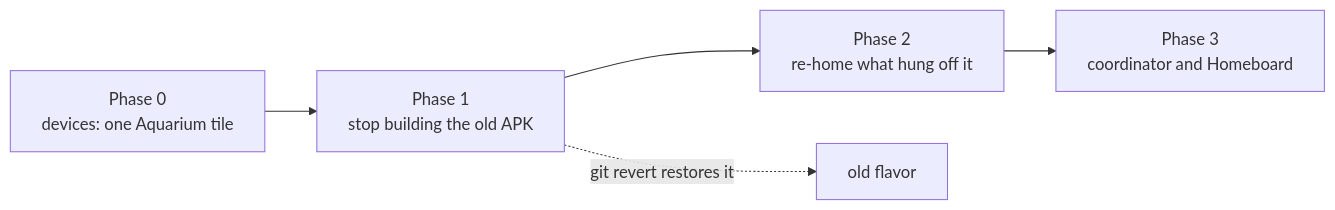
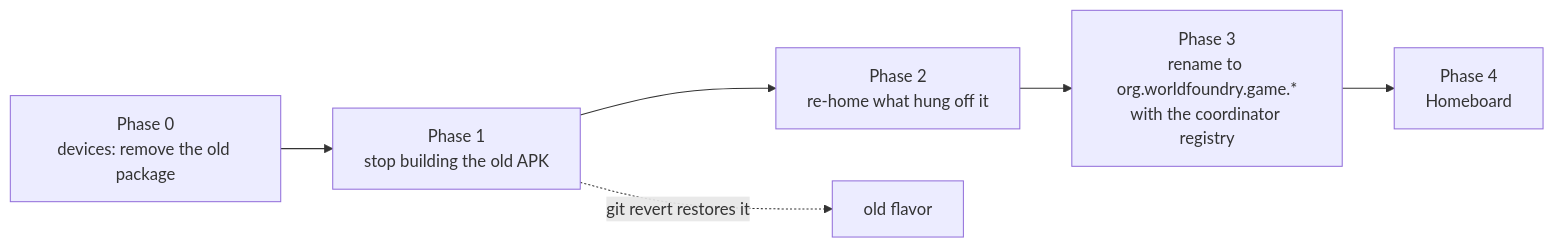
Before and after one commit to wbniv/WorldFoundry: the diagram in docs/plans/2026-11-22-one-aquarium-apk.md, drawn with Mermaid. The commit also changed other lines of this file and 3 other files, not shown here.

First line of the commit message:
One Aquarium APK: the package names become org.worldfoundry.game.{{name}} (Will); the rename is its own phase with the registry

````diff
--- a/docs/plans/2026-11-22-one-aquarium-apk.md
+++ b/docs/plans/2026-11-22-one-aquarium-apk.md
@@ -29,7 +29,8 @@
 ```mermaid
 flowchart LR
-    A["Phase 0<br/>devices: one Aquarium tile"] --> B["Phase 1<br/>stop building the old APK"]
+    A["Phase 0<br/>devices: remove the old package"] --> B["Phase 1<br/>stop building the old APK"]
     B --> C["Phase 2<br/>re-home what hung off it"]
-    C --> D["Phase 3<br/>coordinator and Homeboard"]
+    C --> D["Phase 3<br/>rename to org.worldfoundry.game.*<br/>with the coordinator registry"]
+    D --> E["Phase 4<br/>Homeboard"]
     B -.->|"git revert restores it"| X["old flavor"]
 ```
````
